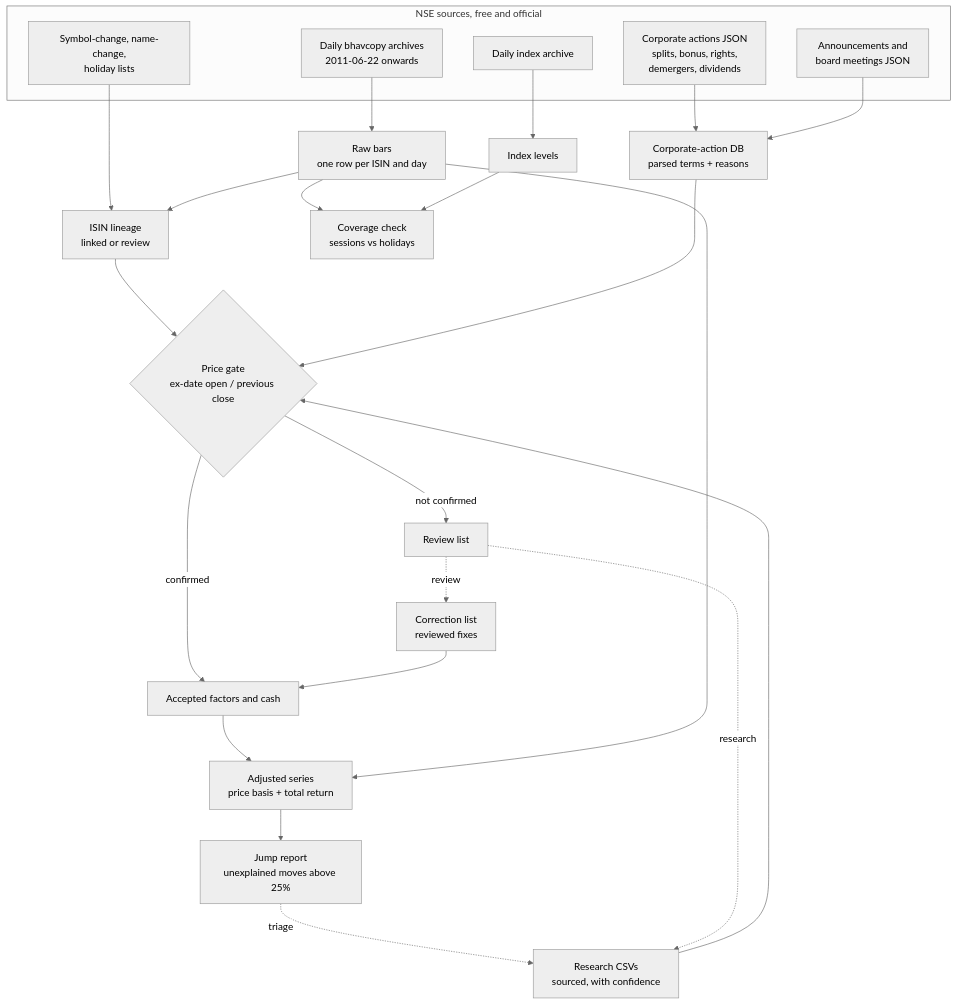
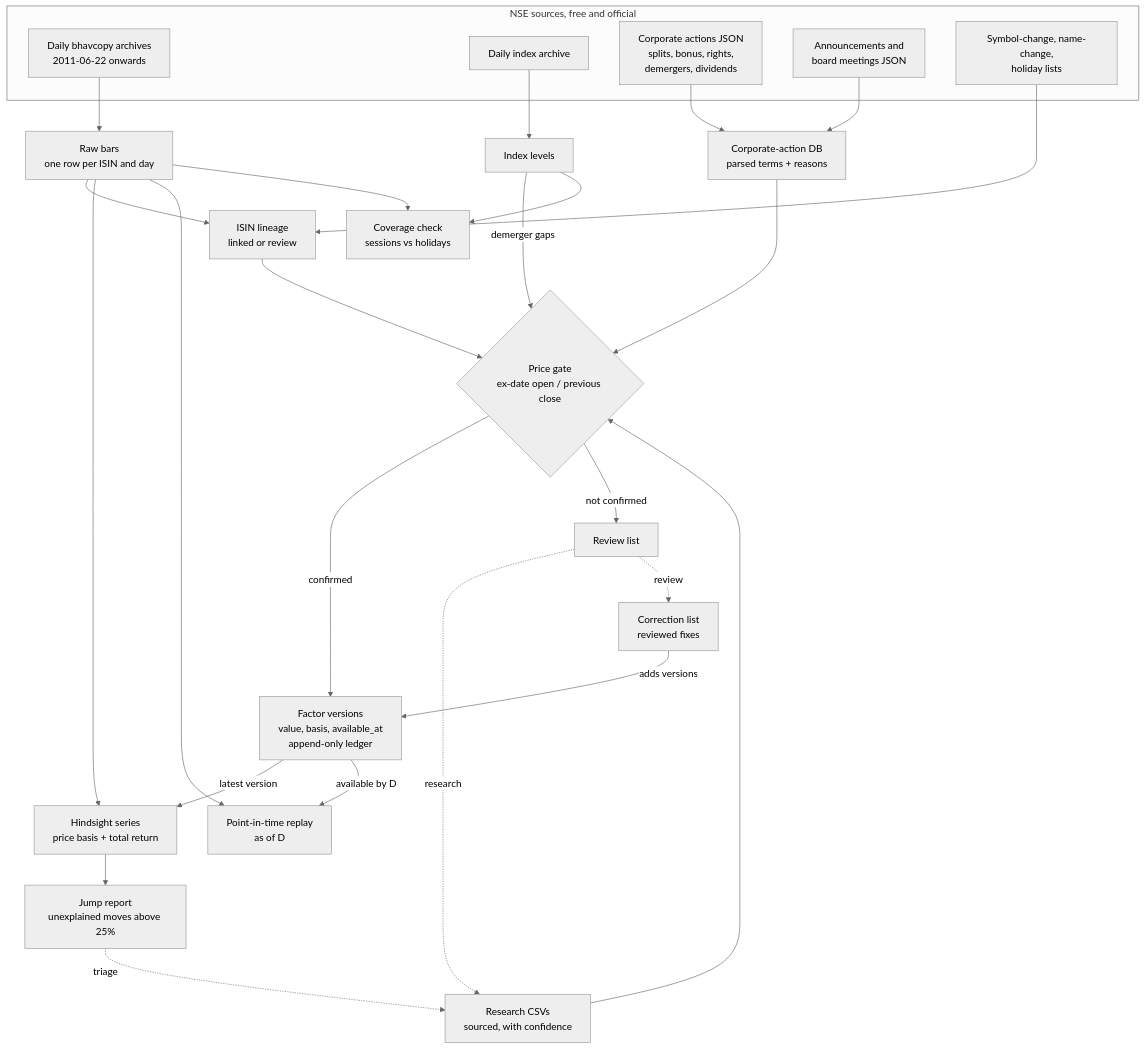
One commit to abhij1306/NSE-noodles changed the diagram in README.md. Above: the diagram before and after it, drawn with Mermaid (neutral theme). The commit also changed other lines of this file and 14 other files, not shown here.

First line of the commit message:
Versioned point-in-time factors; index-neutralised demergers (#2)

````diff
--- a/README.md
+++ b/README.md
@@ -36,30 +50,33 @@
 ```mermaid
 flowchart TD
     subgraph sources[NSE sources, free and official]
         B[Daily bhavcopy archives<br/>2011-06-22 onwards]
         I[Daily index archive]
         CA[Corporate actions JSON<br/>splits, bonus, rights,<br/>demergers, dividends]
         AN[Announcements and<br/>board meetings JSON]
         L[Symbol-change, name-change,<br/>holiday lists]
     end
     B --> BARS[Raw bars<br/>one row per ISIN and day]
     I --> IDX[Index levels]
     CA --> CADB[Corporate-action DB<br/>parsed terms + reasons]
     AN --> CADB
     L --> LIN
     BARS --> LIN[ISIN lineage<br/>linked or review]
     LIN --> GATE{Price gate<br/>ex-date open / previous close}
     CADB --> GATE
     R[Research CSVs<br/>sourced, with confidence] --> GATE
-    GATE -->|confirmed| ACT[Accepted factors and cash]
+    GATE -->|confirmed| ACT[Factor versions<br/>value, basis, available_at<br/>append-only ledger]
     GATE -->|not confirmed| REV[Review list]
-    C[Correction list<br/>reviewed fixes] --> ACT
-    ACT --> ADJ[Adjusted series<br/>price basis + total return]
+    IDX -->|demerger gaps| GATE
+    C[Correction list<br/>reviewed fixes] -->|adds versions| ACT
+    ACT -->|latest version| ADJ[Hindsight series<br/>price basis + total return]
+    ACT -->|available by D| PIT[Point-in-time replay<br/>as of D]
     BARS --> ADJ
+    BARS --> PIT
     ADJ --> J[Jump report<br/>unexplained moves above 25%]
     BARS --> COV[Coverage check<br/>sessions vs holidays]
     IDX --> COV
     J -.->|triage| R
     REV -.->|research| R
     REV -.->|review| C
 ```
````
